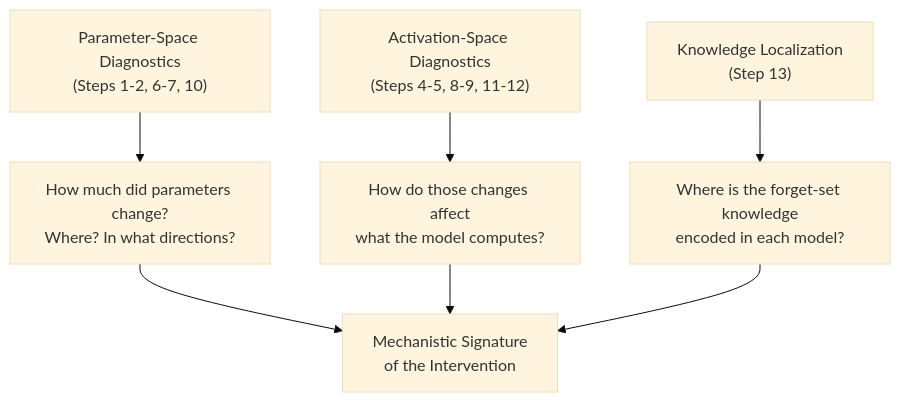
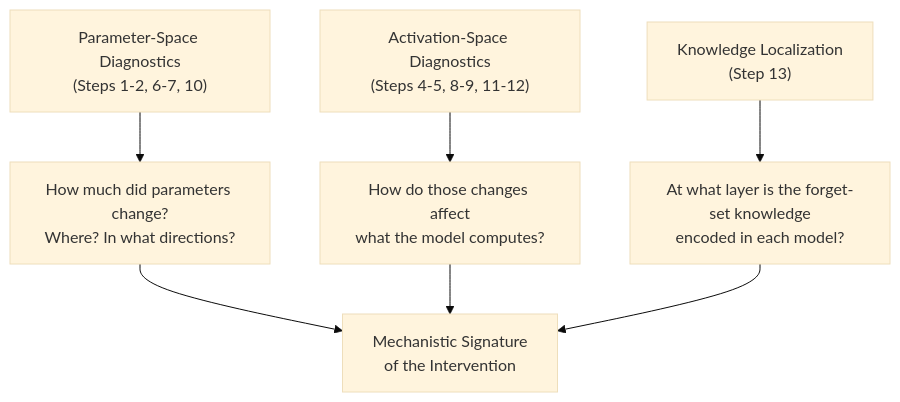
Before and after one commit to jammastergirish/CambridgeERA: the diagram in README.md, drawn with Mermaid (base theme).

Commit message:
Small text change

````diff
--- a/README.md
+++ b/README.md
@@ -64,9 +64,9 @@
 ```mermaid
 graph TD
     A["Parameter-Space Diagnostics<br/>(Steps 1-2, 6-7, 10)"] --> C["How much did parameters change?<br/>Where? In what directions?"]
     B["Activation-Space Diagnostics<br/>(Steps 4-5, 8-9, 11-12)"] --> D["How do those changes affect<br/>what the model computes?"]
-    F["Knowledge Localization<br/>(Step 13)"] --> G["Where is the forget-set knowledge<br/>encoded in each model?"]
+    F["Knowledge Localization<br/>(Step 13)"] --> G["At what layer is the forget-set knowledge<br/>encoded in each model?"]
     C --> E["Mechanistic Signature<br/>of the Intervention"]
     D --> E
     G --> E
 ```
````
